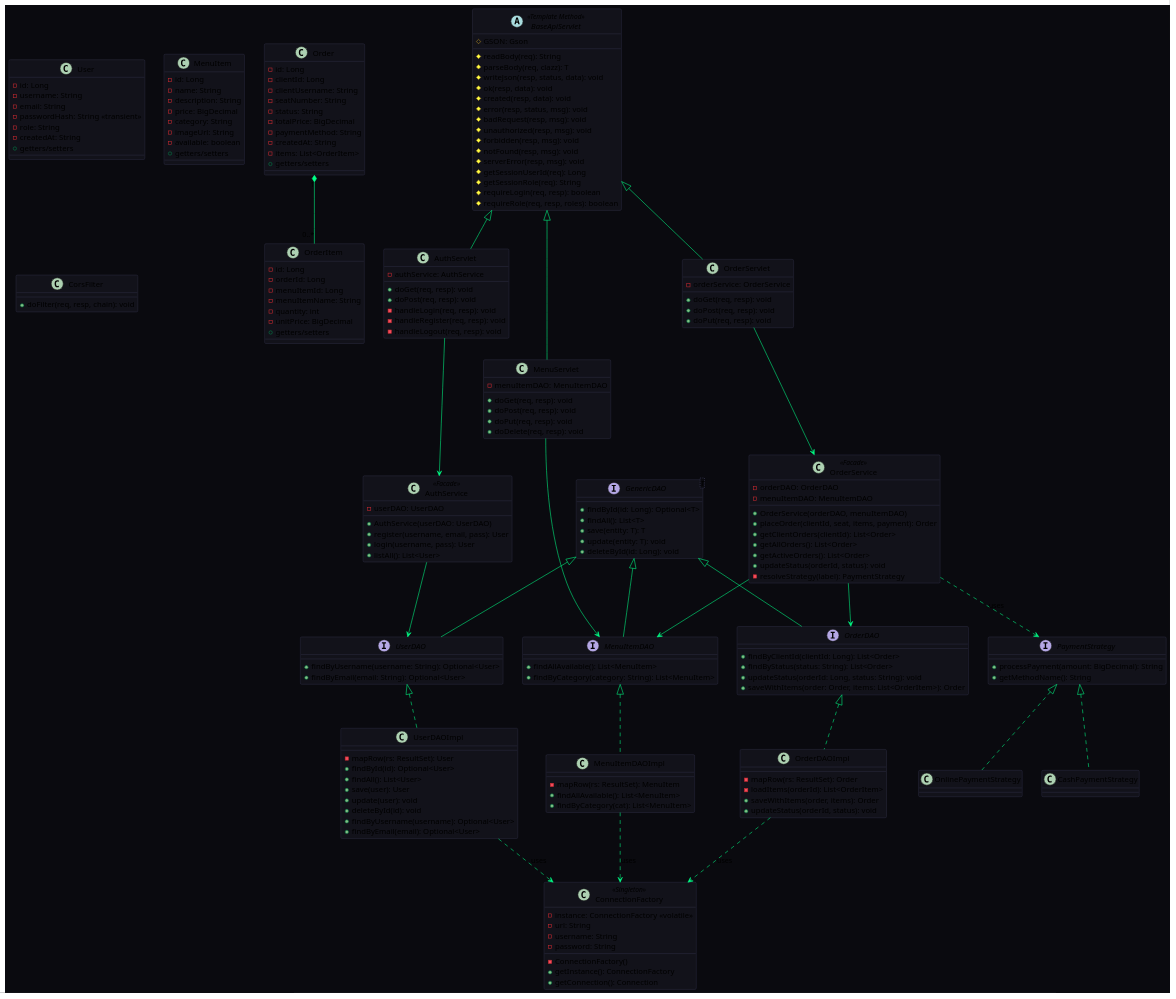
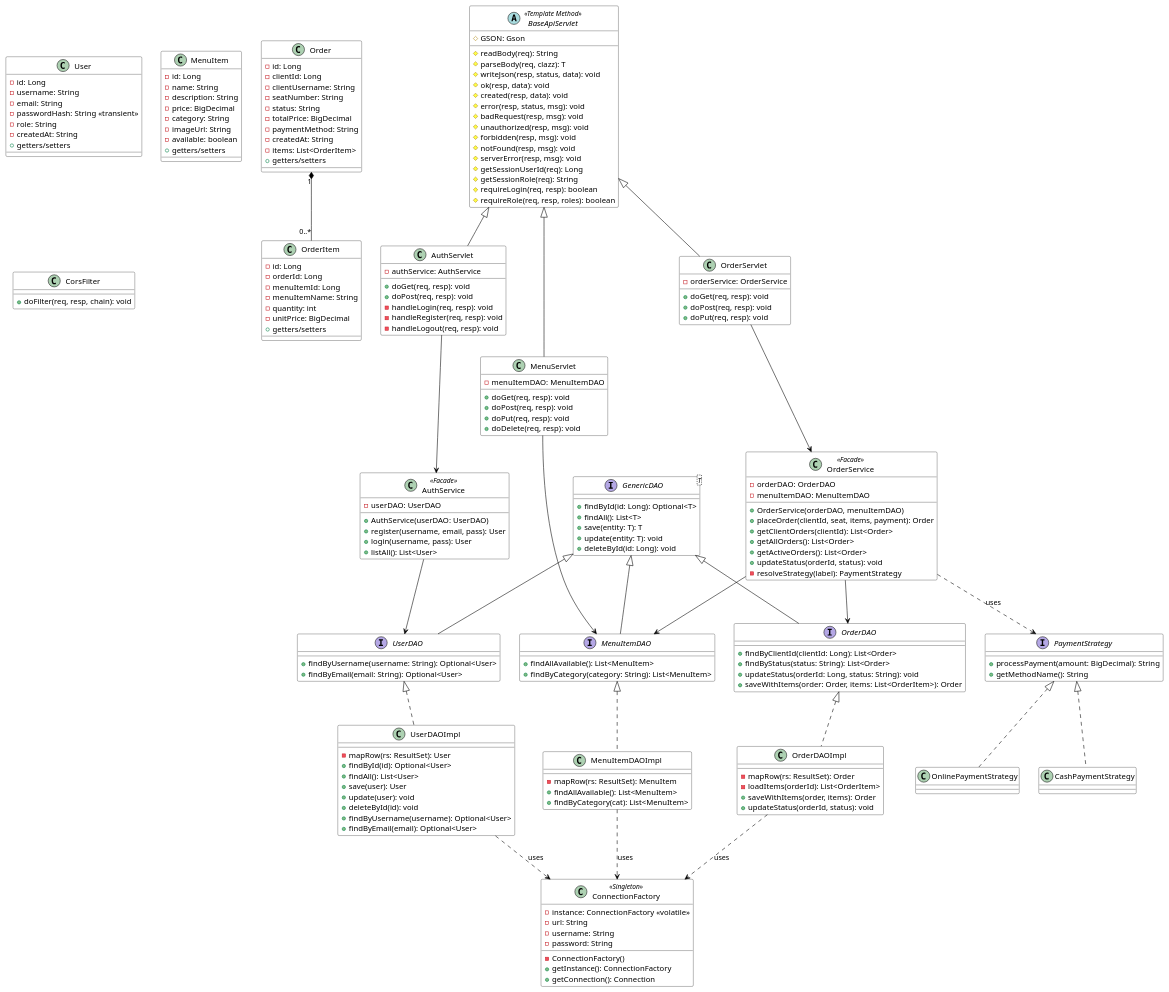
The diagram in uml/class_diagram.puml (lidrissiwalid/project-uml), drawn with PlantUML before and after one commit. The commit also changed 5 other files, not shown here.

```diff
--- a/uml/class_diagram.puml
+++ b/uml/class_diagram.puml
@@ -1,10 +1,10 @@
 @startuml class_diagram
-skinparam backgroundColor #0a0a0f
-skinparam classBackgroundColor #12121a
-skinparam classBorderColor #444466
-skinparam arrowColor #00ff87
-skinparam fontColor #e8e8f0
-skinparam stereotypeCBackgroundColor #1a1a26
+skinparam backgroundColor #ffffff
+skinparam classBackgroundColor #ffffff
+skinparam classBorderColor #000000
+skinparam arrowColor #000000
+skinparam fontColor #000000
+skinparam stereotypeCBackgroundColor #dddddd
 
 ' ── Models ──
 class User {
```
